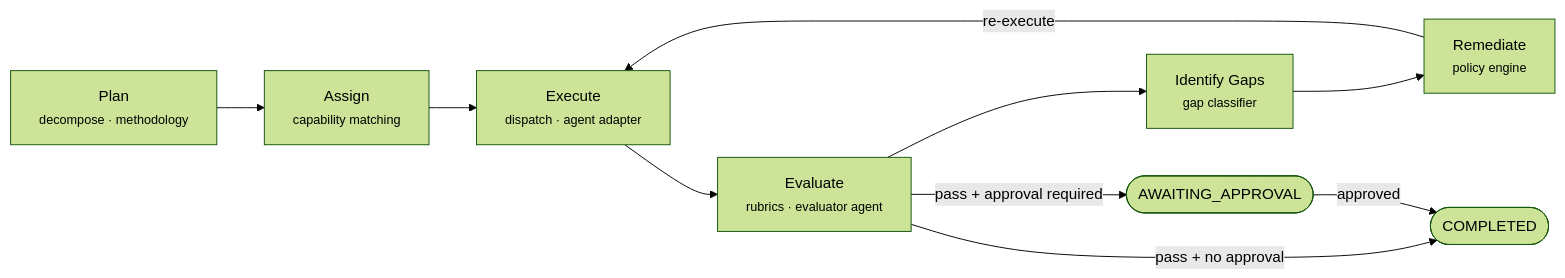
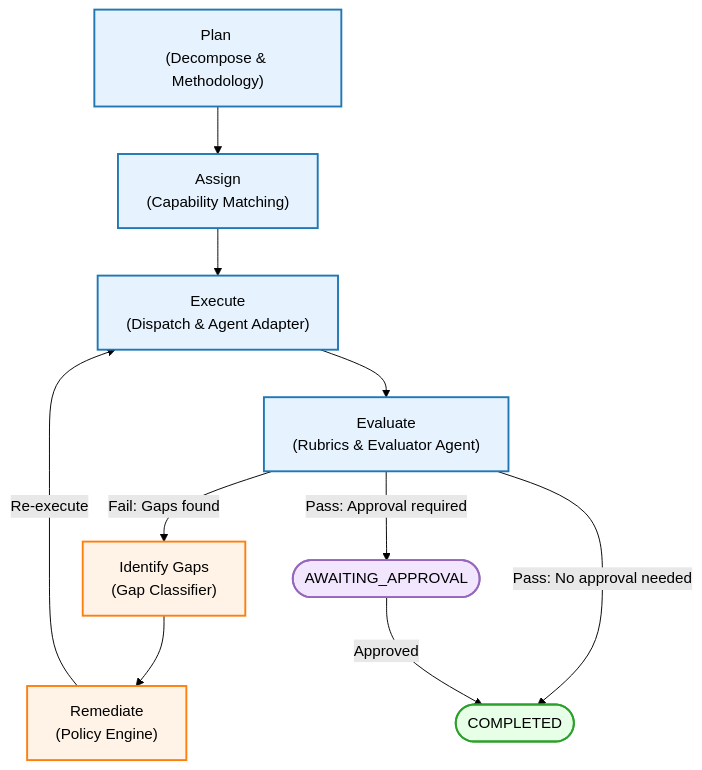
One commit to AgentiCubed/A3 changed the first of 5 diagrams in docs/system-overview.md. Above: the diagram before and after it, drawn with Mermaid (forest theme). The commit also changed other lines of this file, not shown here.

First line of the commit message:
Refactored Mermaid diagrams for accessibility and responsive scaling

````diff
--- a/docs/system-overview.md
+++ b/docs/system-overview.md
@@ -20,15 +20,35 @@
 ```mermaid
-flowchart LR
-    Plan["Plan<br/><small>decompose · methodology</small>"]
-    Assign["Assign<br/><small>capability matching</small>"]
-    Execute["Execute<br/><small>dispatch · agent adapter</small>"]
-    Evaluate["Evaluate<br/><small>rubrics · evaluator agent</small>"]
-    Gaps["Identify Gaps<br/><small>gap classifier</small>"]
-    Remediate["Remediate<br/><small>policy engine</small>"]
+flowchart TD
+    %% Styling classes for visual hierarchy
+    classDef normalTask fill:#e6f3ff,stroke:#1f77b4,stroke-width:2px,color:#000
+    classDef warningTask fill:#fff2e6,stroke:#ff7f0e,stroke-width:2px,color:#000
+    classDef successState fill:#e6ffe6,stroke:#2ca02c,stroke-width:2px,color:#000
+    classDef pendingState fill:#f2e6ff,stroke:#9467bd,stroke-width:2px,color:#000
 
-    Plan --> Assign --> Execute --> Evaluate --> Gaps --> Remediate
-    Remediate -->|re-execute| Execute
-    Evaluate -->|pass + no approval| Done(["COMPLETED"])
-    Evaluate -->|pass + approval required| Approval(["AWAITING_APPROVAL"])
-    Approval -->|approved| Done
+    Plan["Plan \n(Decompose & Methodology)"]:::normalTask
+    Assign["Assign \n(Capability Matching)"]:::normalTask
+    Execute["Execute \n(Dispatch & Agent Adapter)"]:::normalTask
+    Evaluate["Evaluate \n(Rubrics & Evaluator Agent)"]:::normalTask
+    
+    Gaps["Identify Gaps \n(Gap Classifier)"]:::warningTask
+    Remediate["Remediate \n(Policy Engine)"]:::warningTask
+    
+    Done(["COMPLETED"]):::successState
+    Approval(["AWAITING_APPROVAL"]):::pendingState
+
+    %% Main execution flow
+    Plan --> Assign
+    Assign --> Execute
+    Execute --> Evaluate
+    
+    %% Branching logic based on evaluation
+    Evaluate -->|Fail: Gaps found| Gaps
+    Evaluate -->|Pass: No approval needed| Done
+    Evaluate -->|Pass: Approval required| Approval
+    
+    Approval -->|Approved| Done
+    
+    %% The closed remediation loop
+    Gaps --> Remediate
+    Remediate -->|Re-execute| Execute
 ```
````
